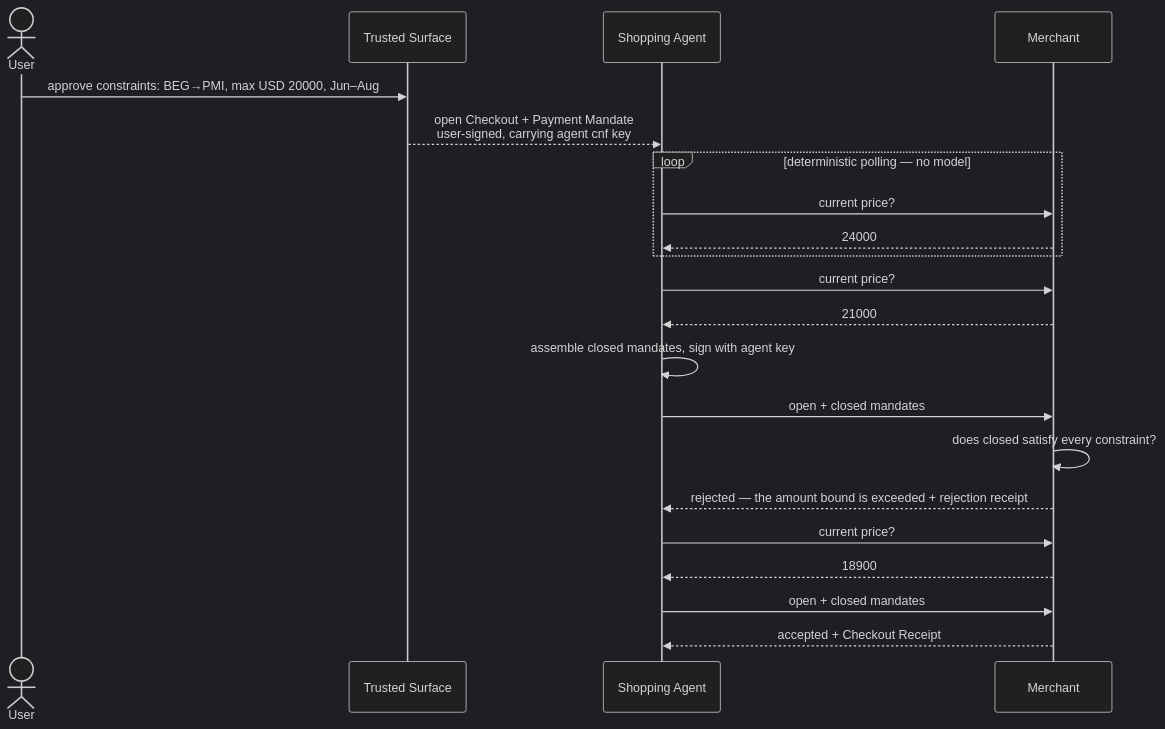
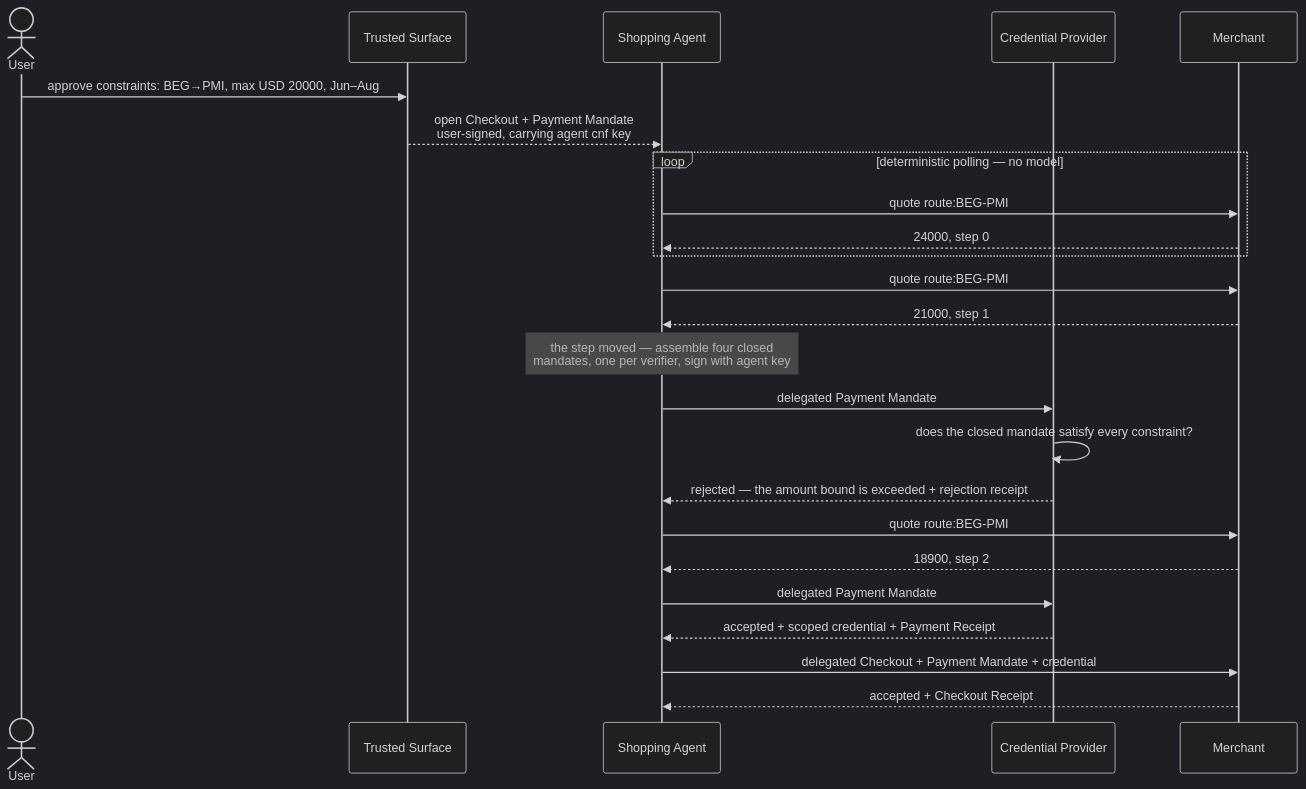
The third of 6 diagrams in docs/protocols/ap2.md (SkylinePlatform/agentic-payments), drawn with Mermaid (dark theme) before and after one commit. The commit also changed other lines of this file and 31 other files, not shown here.

First line of the commit message:
feat(agent): the Shopping Agent watches a price and buys inside what the user approved (#134)

````diff
--- a/docs/protocols/ap2.md
+++ b/docs/protocols/ap2.md
@@ -242,23 +242,26 @@
 ```mermaid
 sequenceDiagram
     actor U as User
     participant S as Trusted Surface
     participant A as Shopping Agent
+    participant C as Credential Provider
     participant M as Merchant
     U->>S: approve constraints: BEG→PMI, max USD 20000, Jun–Aug
     S-->>A: open Checkout + Payment Mandate<br/>user-signed, carrying agent cnf key
     loop deterministic polling — no model
-        A->>M: current price?
-        M-->>A: 24000
+        A->>M: quote route:BEG-PMI
+        M-->>A: 24000, step 0
     end
-    A->>M: current price?
-    M-->>A: 21000
-    A->>A: assemble closed mandates, sign with agent key
-    A->>M: open + closed mandates
-    M->>M: does closed satisfy every constraint?
-    M-->>A: rejected — the amount bound is exceeded + rejection receipt
-    A->>M: current price?
-    M-->>A: 18900
-    A->>M: open + closed mandates
+    A->>M: quote route:BEG-PMI
+    M-->>A: 21000, step 1
+    Note over A: the step moved — assemble four closed<br/>mandates, one per verifier, sign with agent key
+    A->>C: delegated Payment Mandate
+    C->>C: does the closed mandate satisfy every constraint?
+    C-->>A: rejected — the amount bound is exceeded + rejection receipt
+    A->>M: quote route:BEG-PMI
+    M-->>A: 18900, step 2
+    A->>C: delegated Payment Mandate
+    C-->>A: accepted + scoped credential + Payment Receipt
+    A->>M: delegated Checkout + Payment Mandate + credential
     M-->>A: accepted + Checkout Receipt
 ```
````
